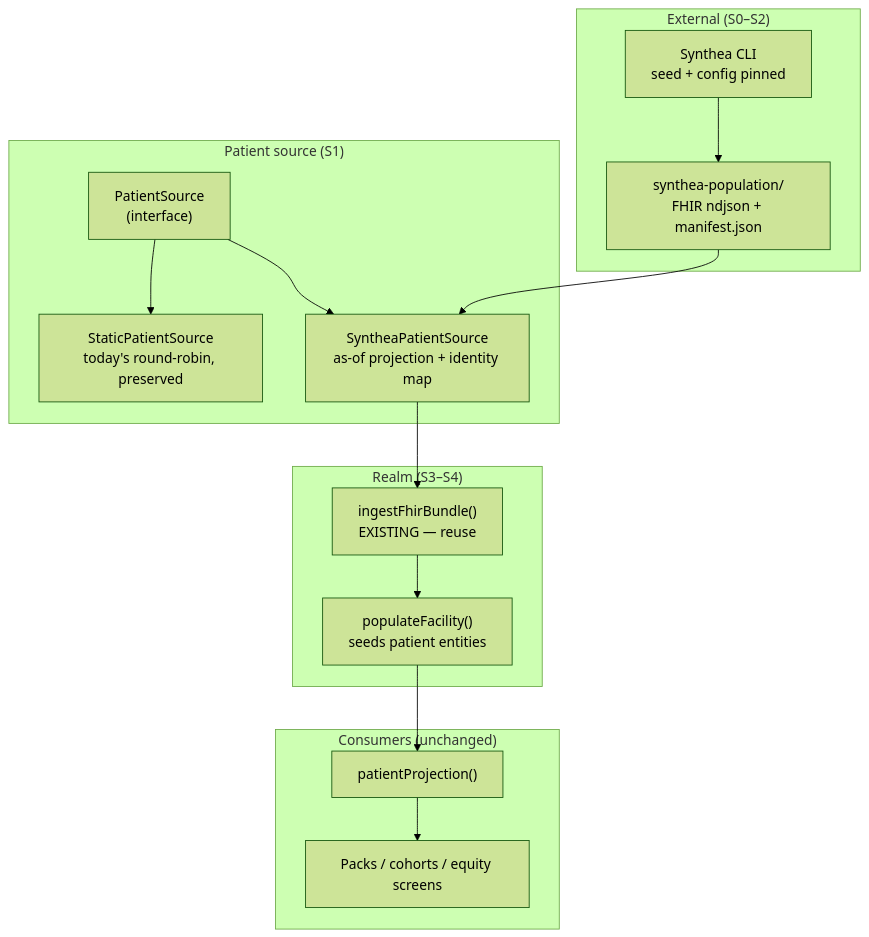
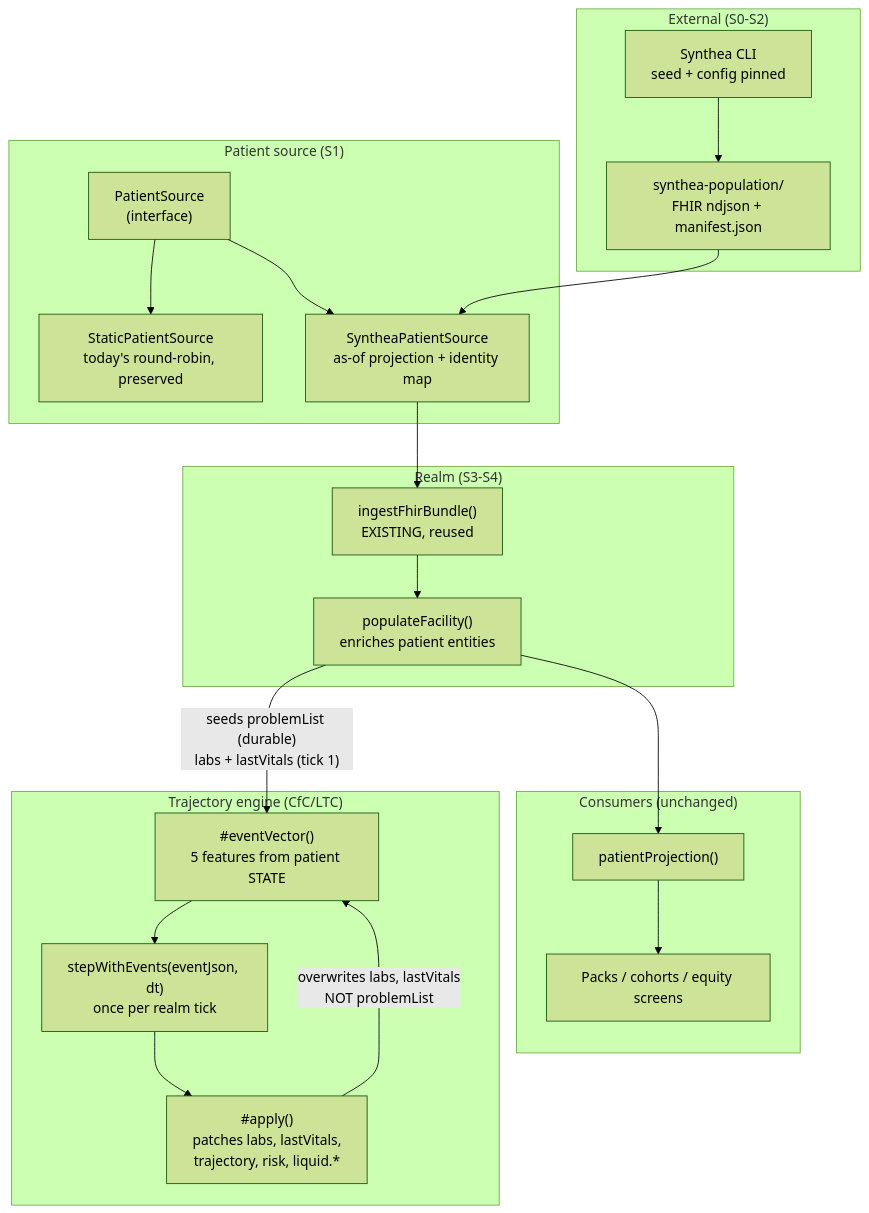
The diagram in docs/synthea-population-integration.md (borgdev/anant-renal), drawn with Mermaid (forest theme) before and after one commit. The commit also changed other lines of this file, not shown here.

First line of the commit message:
docs: Synthea feeds the STATE, not the event stream

````diff
--- a/docs/synthea-population-integration.md
+++ b/docs/synthea-population-integration.md
@@ -204,29 +209,38 @@
 ```mermaid
 flowchart TD
-    subgraph external["External (S0–S2)"]
+    subgraph external["External (S0-S2)"]
         CLI["Synthea CLI<br/>seed + config pinned"]
         ART["synthea-population/<br/>FHIR ndjson + manifest.json"]
     end
 
     subgraph source["Patient source (S1)"]
         PS["PatientSource<br/>(interface)"]
         STATIC["StaticPatientSource<br/>today's round-robin, preserved"]
         SYN["SyntheaPatientSource<br/>as-of projection + identity map"]
     end
 
-    subgraph realm["Realm (S3–S4)"]
-        ING["ingestFhirBundle()<br/>EXISTING — reuse"]
-        POP["populateFacility()<br/>seeds patient entities"]
+    subgraph realm["Realm (S3-S4)"]
+        ING["ingestFhirBundle()<br/>EXISTING, reused"]
+        POP["populateFacility()<br/>enriches patient entities"]
+    end
+
+    subgraph engine["Trajectory engine (CfC/LTC)"]
+        VEC["#eventVector()<br/>5 features from patient STATE"]
+        STEP["stepWithEvents(eventJson, dt)<br/>once per realm tick"]
+        APPLY["#apply()<br/>patches labs, lastVitals,<br/>trajectory, risk, liquid.*"]
     end
 
     subgraph consumer["Consumers (unchanged)"]
         PROJ["patientProjection()"]
         PACKS["Packs / cohorts / equity screens"]
     end
 
     CLI --> ART --> SYN
     PS --> STATIC
     PS --> SYN
     SYN --> ING --> POP
+    POP -->|"seeds problemList (durable)<br/>labs + lastVitals (tick 1)"| VEC
+    VEC --> STEP --> APPLY
+    APPLY -->|"overwrites labs, lastVitals<br/>NOT problemList"| VEC
     POP --> PROJ --> PACKS
 ```
````
